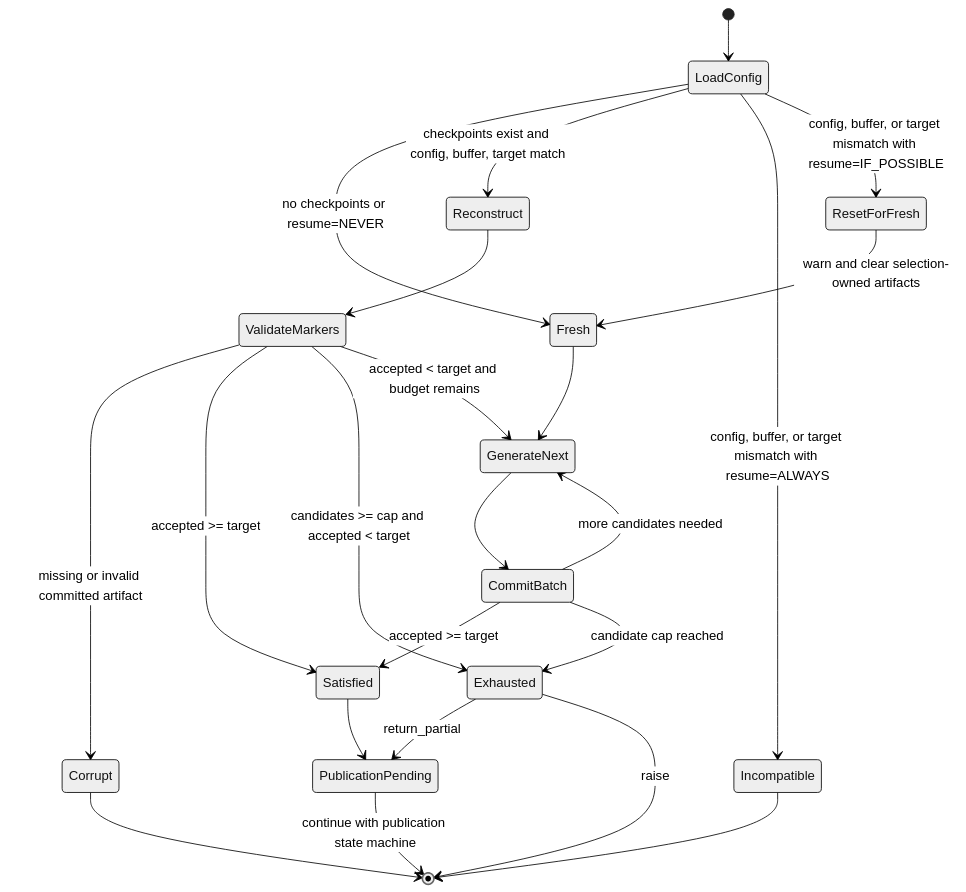
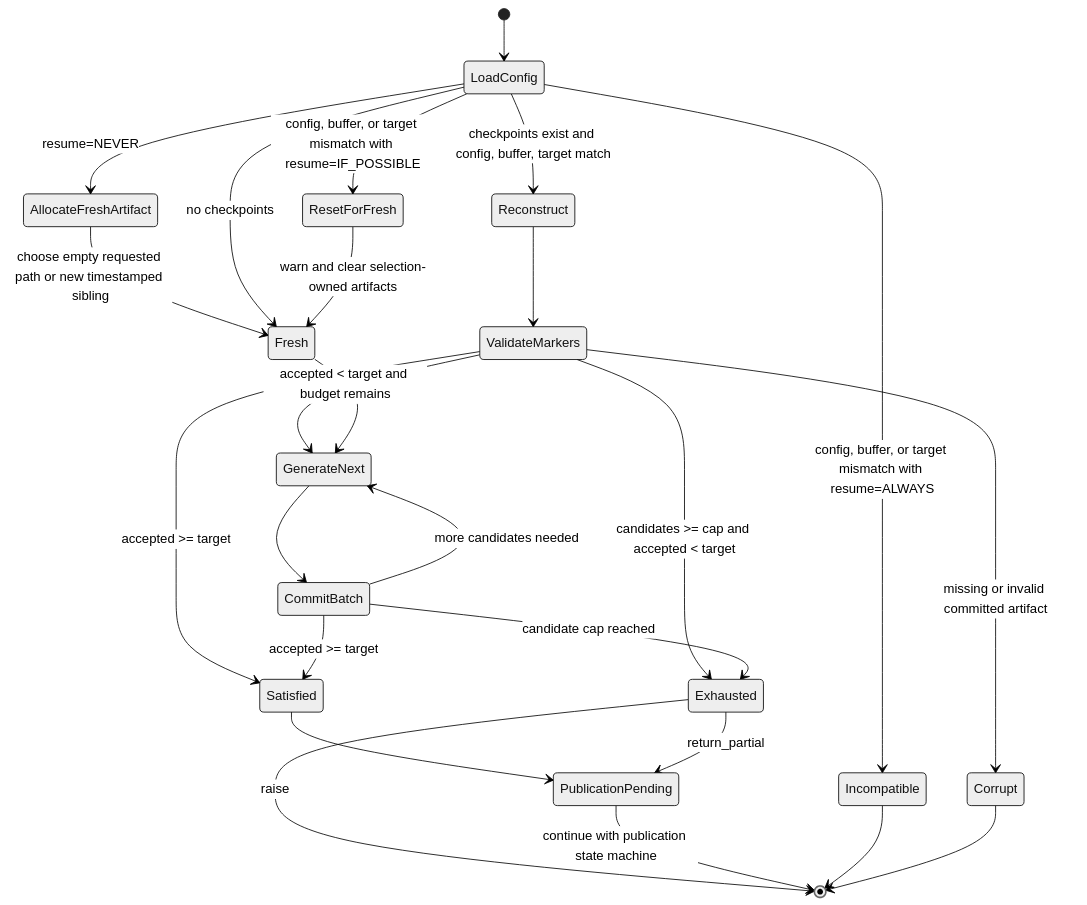
One commit to NVIDIA-NeMo/DataDesigner changed the seventh of 7 diagrams in plans/790/engine-native-record-selection.md. Above: the diagram before and after it, drawn with Mermaid (neutral theme). The commit also changed other lines of this file, not shown here.

First line of the commit message:
docs: clarify fresh selection artifacts

````diff
--- a/plans/790/engine-native-record-selection.md
+++ b/plans/790/engine-native-record-selection.md
@@ -779,28 +779,30 @@
 ```mermaid
 stateDiagram-v2
     [*] --> LoadConfig
-    LoadConfig --> Fresh: no checkpoints or resume=NEVER
+    LoadConfig --> AllocateFreshArtifact: resume=NEVER
+    AllocateFreshArtifact --> Fresh: choose empty requested path or new timestamped sibling
+    LoadConfig --> Fresh: no checkpoints
     LoadConfig --> Reconstruct: checkpoints exist and config, buffer, target match
     LoadConfig --> Incompatible: config, buffer, or target mismatch with resume=ALWAYS
     LoadConfig --> ResetForFresh: config, buffer, or target mismatch with resume=IF_POSSIBLE
     ResetForFresh --> Fresh: warn and clear selection-owned artifacts
 
     Reconstruct --> ValidateMarkers
     ValidateMarkers --> Corrupt: missing or invalid committed artifact
     ValidateMarkers --> Satisfied: accepted >= target
     ValidateMarkers --> Exhausted: candidates >= cap and accepted < target
     ValidateMarkers --> GenerateNext: accepted < target and budget remains
 
     Fresh --> GenerateNext
     GenerateNext --> CommitBatch
     CommitBatch --> Satisfied: accepted >= target
     CommitBatch --> Exhausted: candidate cap reached
     CommitBatch --> GenerateNext: more candidates needed
 
     Satisfied --> PublicationPending
     Exhausted --> PublicationPending: return_partial
     Exhausted --> [*]: raise
     PublicationPending --> [*]: continue with publication state machine
     Incompatible --> [*]
     Corrupt --> [*]
 ```
````
